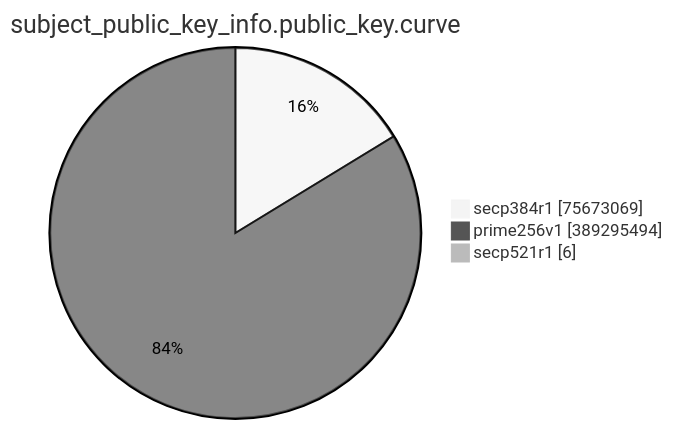
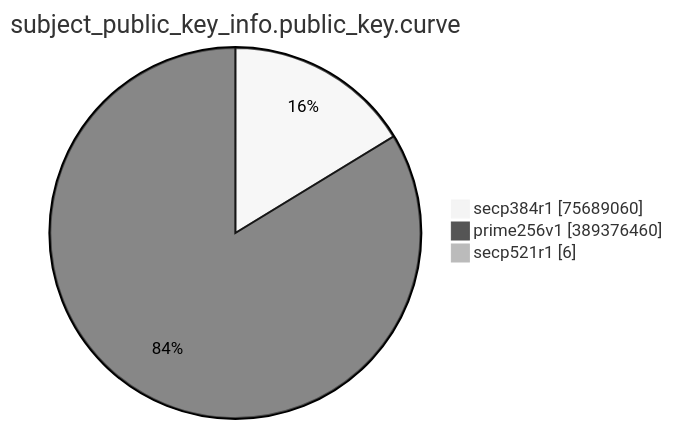
Before and after one commit to christiankrug/ctmonitor_visualization: the eighth of 15 diagrams in TOTAL/README.md, drawn with Mermaid (neutral theme). The commit also changed other lines of this file, not shown here.

````diff
--- a/TOTAL/README.md
+++ b/TOTAL/README.md
@@ -3094,7 +3094,7 @@
 ```mermaid
 pie showData
 title subject_public_key_info.public_key.curve
-"secp384r1" :75673069
-"prime256v1" :389295494
+"secp384r1" :75689060
+"prime256v1" :389376460
 "secp521r1" :6
 ```
````
